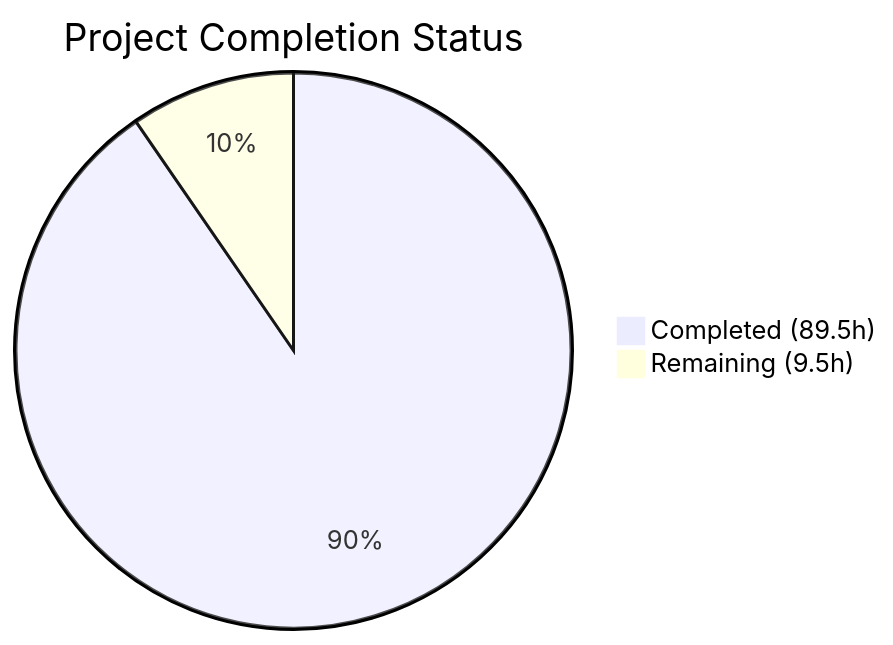
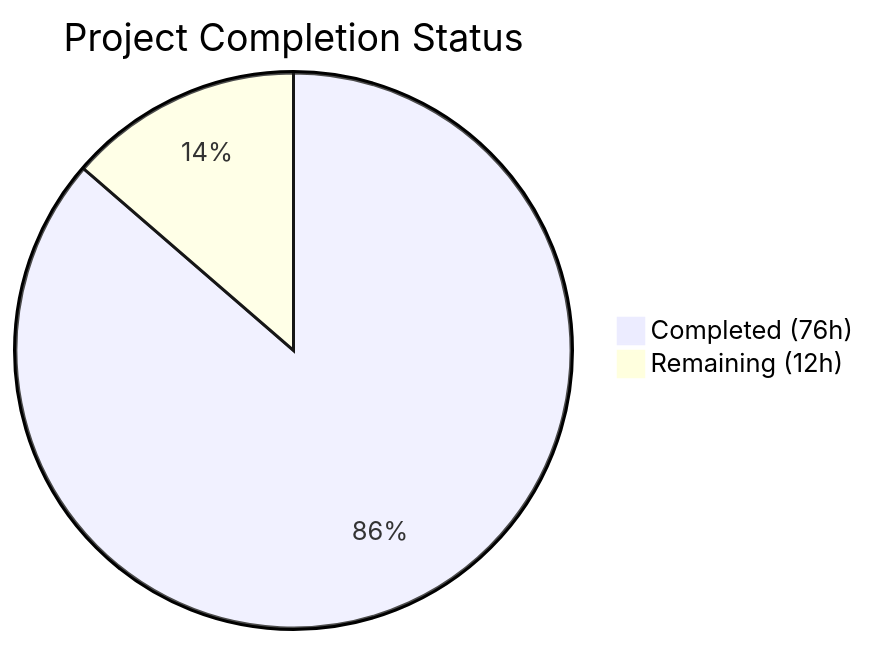
One commit to shaliniblitzy/6thaprilone changed the first of 2 diagrams in blitzy/documentation/Project Guide.md. Above: the diagram before and after it, drawn with Mermaid. The commit also changed other lines of this file, not shown here.

Commit message:
Adding Blitzy Project Guide: Project Status and Human Tasks Remaining

````diff
--- a/blitzy/documentation/Project Guide.md
+++ b/blitzy/documentation/Project Guide.md
@@ -13,5 +17,5 @@
 ```mermaid
 pie title Project Completion Status
-    "Completed (89.5h)" : 89.5
-    "Remaining (9.5h)" : 9.5
+    "Completed (76h)" : 76
+    "Remaining (12h)" : 12
 ```
````
